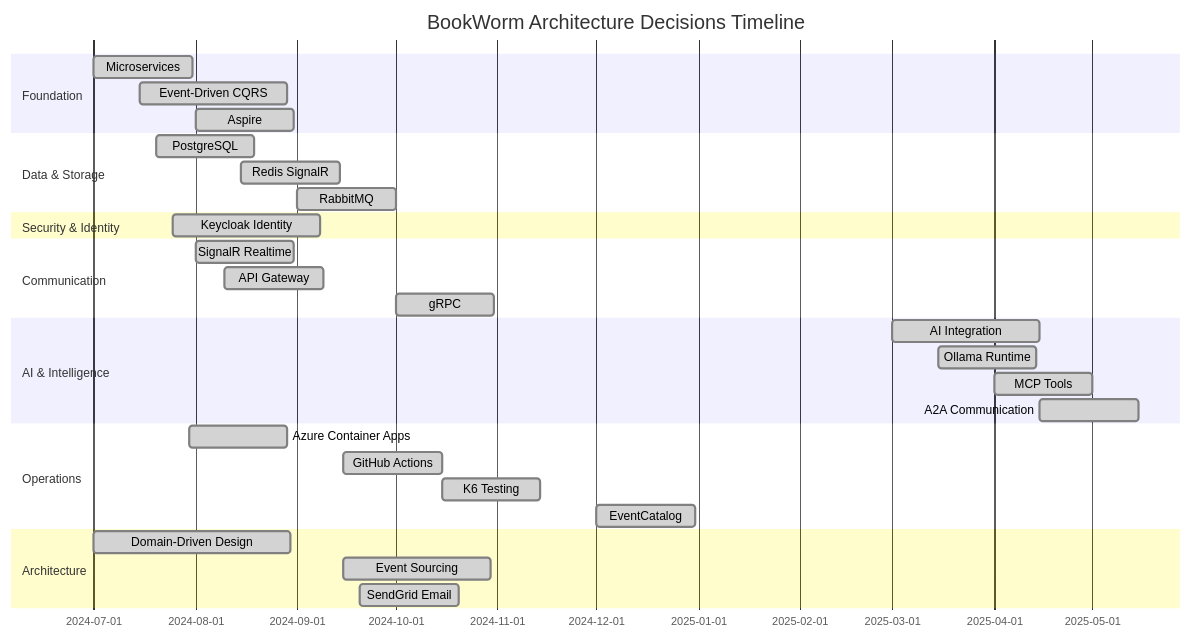
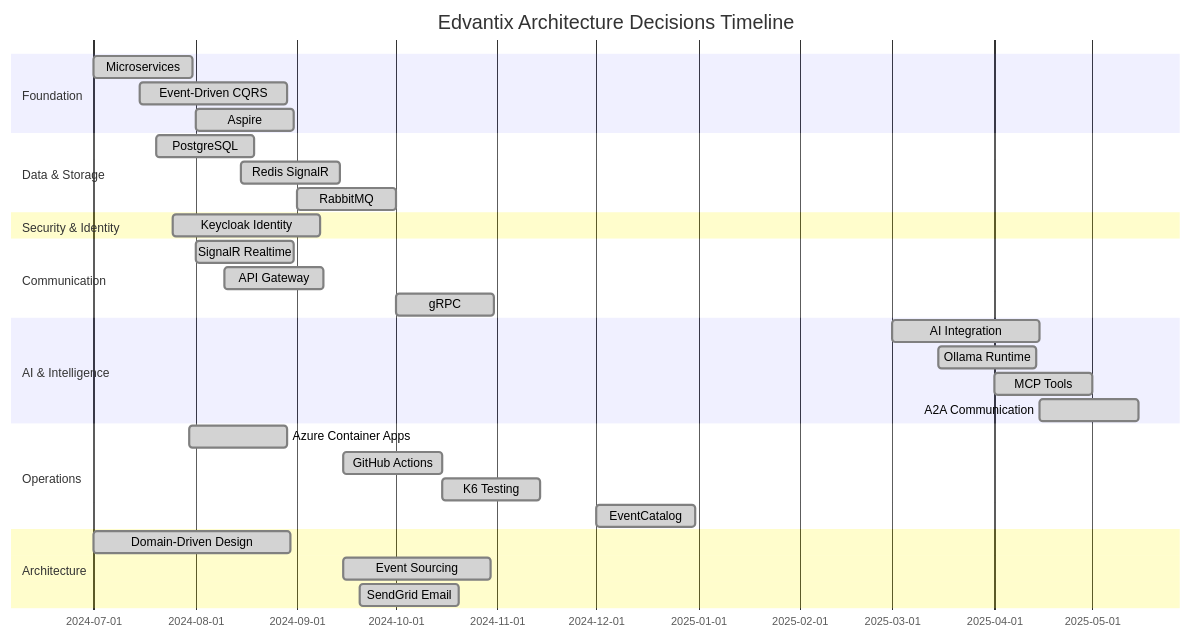
One commit to horesse/Edvantix changed the first of 3 diagrams in docs/docs/09-architecture-decisions/overview.mdx. Above: the diagram before and after it, drawn with Mermaid. The commit also changed other lines of this file and 54 other files, not shown here.

````diff
--- a/docs/docs/09-architecture-decisions/overview.mdx
+++ b/docs/docs/09-architecture-decisions/overview.mdx
@@ -19,33 +19,33 @@
 ```mermaid
 gantt
-    title BookWorm Architecture Decisions Timeline
+    title Edvantix Architecture Decisions Timeline
     dateFormat YYYY-MM-DD
     section Foundation
     Microservices           :done, foundation1, 2024-07-01, 30d
     Event-Driven CQRS      :done, foundation2, 2024-07-15, 45d
     Aspire            :done, foundation3, 2024-08-01, 30d
     section Data & Storage
     PostgreSQL             :done, data1, 2024-07-20, 30d
     Redis SignalR          :done, data2, 2024-08-15, 30d
     RabbitMQ               :done, data3, 2024-09-01, 30d
     section Security & Identity
     Keycloak Identity      :done, security1, 2024-07-25, 45d
     section Communication
     SignalR Realtime       :done, comm1, 2024-08-01, 30d
     API Gateway            :done, comm2, 2024-08-10, 30d
     gRPC                   :done, comm3, 2024-10-01, 30d
     section AI & Intelligence
     AI Integration         :done, ai1, 2025-03-01, 45d
     Ollama Runtime         :done, ai2, 2025-03-15, 30d
     MCP Tools              :done, ai3, 2025-04-01, 30d
     A2A Communication      :done, ai4, 2025-04-15, 30d
     section Operations
     Azure Container Apps   :done, ops1, 2024-07-30, 30d
     GitHub Actions         :done, ops2, 2024-09-15, 30d
     K6 Testing             :done, ops3, 2024-10-15, 30d
     EventCatalog           :done, ops4, 2024-12-01, 30d
     section Architecture
     Domain-Driven Design   :done, arch1, 2024-07-01, 60d
     Event Sourcing         :done, arch2, 2024-09-15, 45d
     SendGrid Email         :done, arch3, 2024-09-20, 30d
 ```
````
